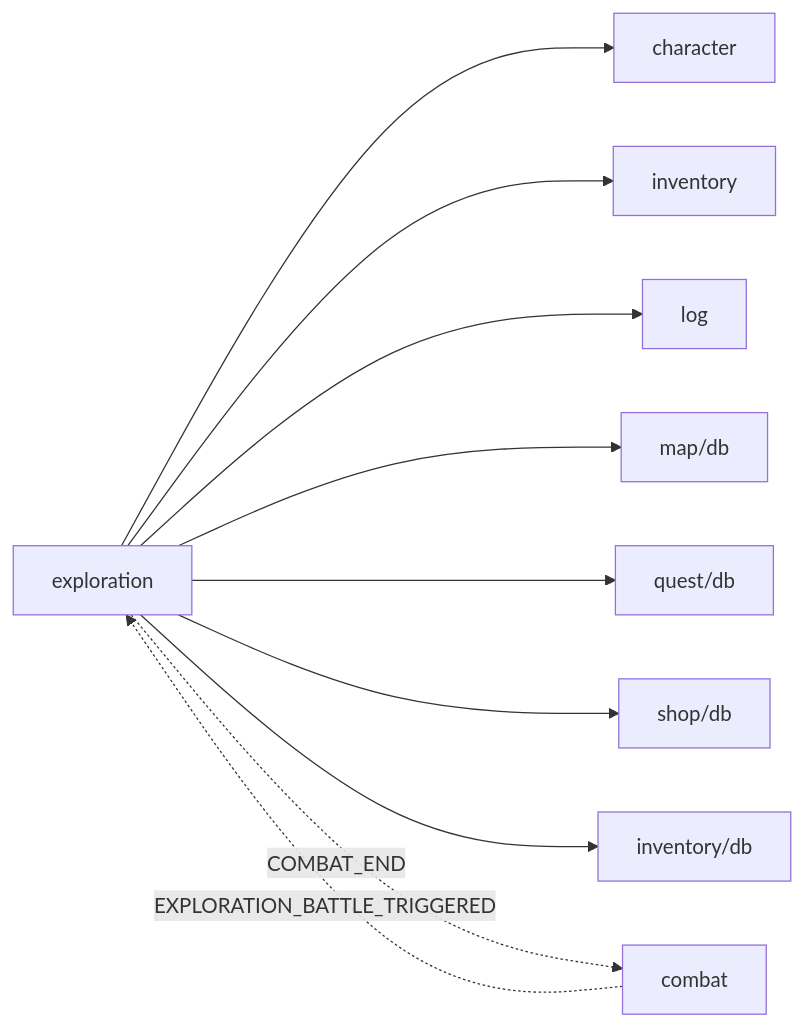
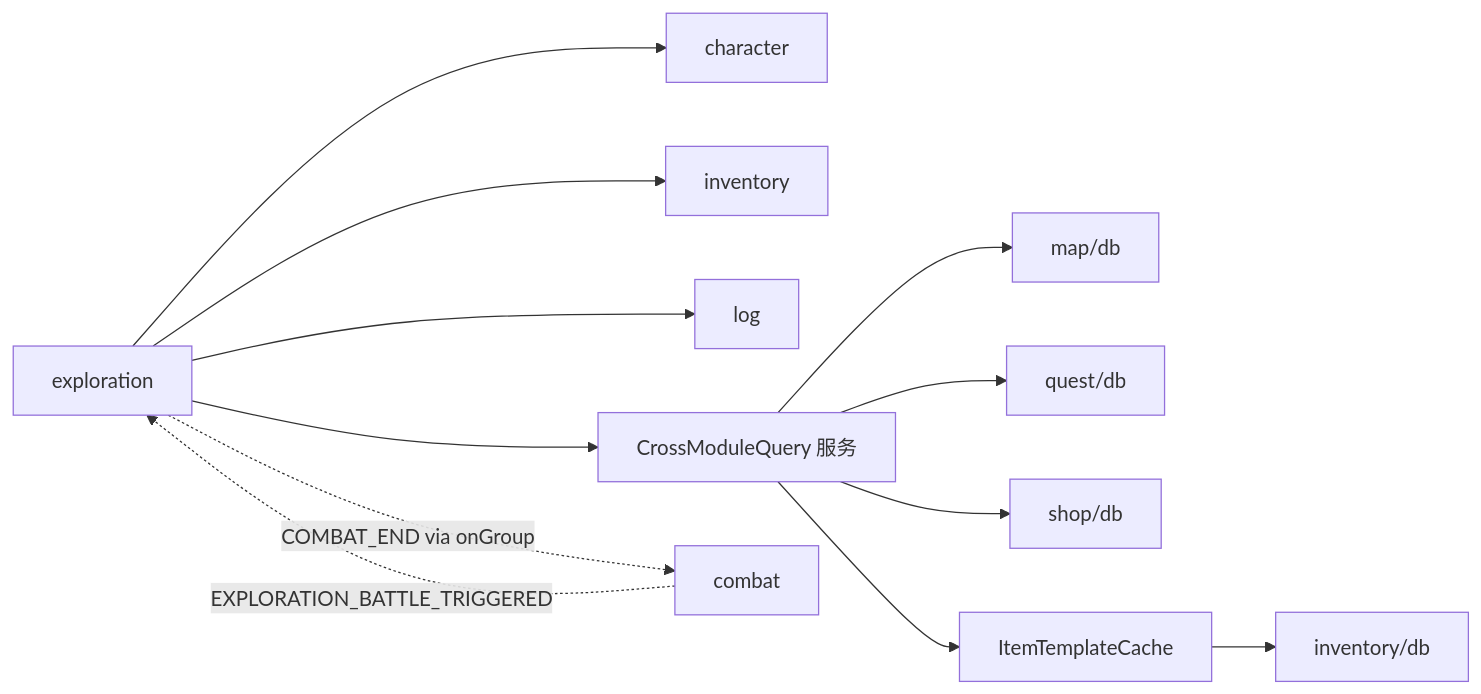
Before and after one commit to SonDemigods/wow_dnd: the fifth of 9 diagrams in doc/project/DEPENDENCY_GRAPH.md, drawn with Mermaid. The commit also changed other lines of this file and 5 other files, not shown here.

````diff
--- a/doc/project/DEPENDENCY_GRAPH.md
+++ b/doc/project/DEPENDENCY_GRAPH.md
@@ -286,12 +371,14 @@
 ```mermaid
 graph LR
     exploration --> character
     exploration --> inventory
     exploration --> log
-    exploration --> map[map/db]
-    exploration --> quest[quest/db]
-    exploration --> shop[shop/db]
-    exploration --> inv[inventory/db]
-    exploration -.->|COMBAT_END| combat
+    exploration --> crossModuleQuery[CrossModuleQuery 服务]
+    crossModuleQuery --> map[map/db]
+    crossModuleQuery --> quest[quest/db]
+    crossModuleQuery --> shop[shop/db]
+    crossModuleQuery --> itemCache[ItemTemplateCache]
+    itemCache --> inv[inventory/db]
+    exploration -.->|COMBAT_END via onGroup| combat
     combat -.->|EXPLORATION_BATTLE_TRIGGERED| exploration
 ```
````
